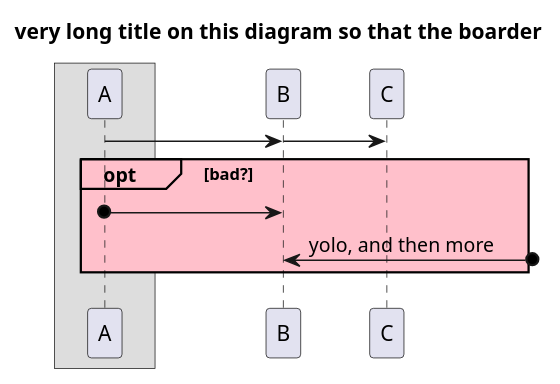
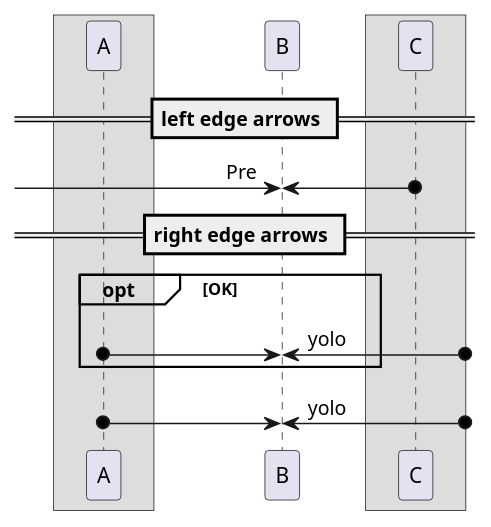
Before and after one commit to jimnelson372/plantuml_fork: the sixth of 14 diagrams in testteozgroup.puml, drawn with PlantUML. The commit also changed other lines of this file and 14 other files, not shown here.

```diff
--- a/testteozgroup.puml
+++ b/testteozgroup.puml
@@ -2,16 +155,27 @@
 @startuml
 !pragma teoz true
-title very long title on this diagram so that the boarder
 skinparam ParticipantPadding 18
 skinparam BoxPadding 20
+
 box
 participant A
 end box
-  A -> B
-& B -> C
-opt#transparent #pink bad?
+participant B
+box
+participant C
+end box
+== left edge arrows ==
+'opt#transparent OK
+'[o-> B : Pre
+'& B <-o C
+'end
+[-> B : Pre
+& B <-o C
+== right edge arrows ==
+opt#transparent OK
   A o-> B
- B <-o] : yolo, and then more
-'& C -[hidden]> C /' enlarge opt box '/
+& B <-o] : yolo
 end
+  A o-> B
+& B <-o] : yolo
 @enduml
```
